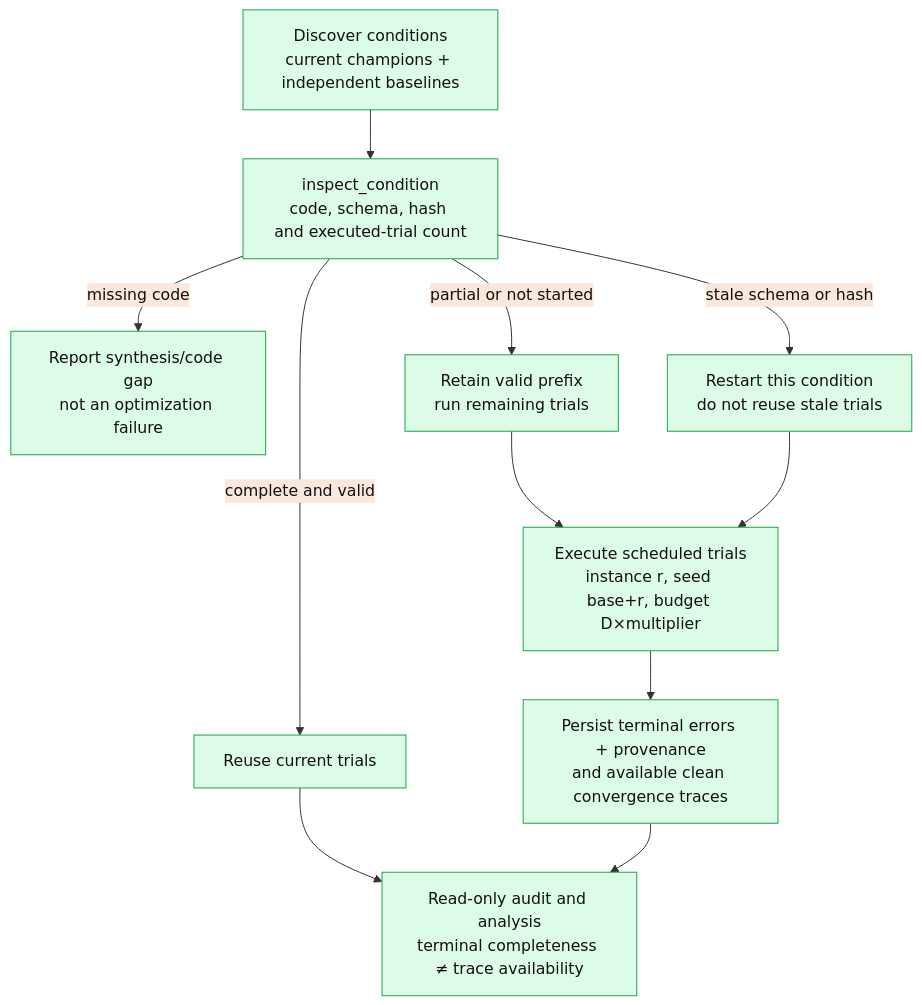
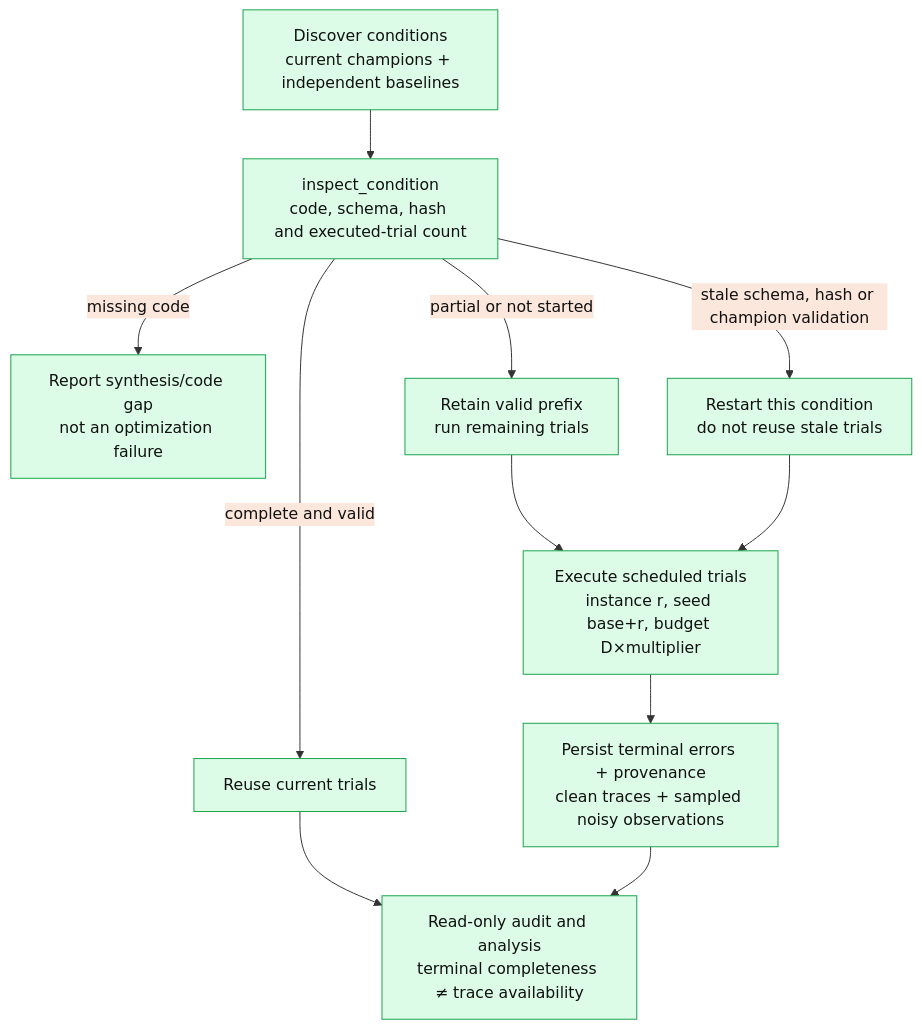
One commit to Nicola-Ibrahim/AAD_LLM changed the second of 2 diagrams in docs/evaluation_protocol.md. Above: the diagram before and after it, drawn with Mermaid. The commit also changed other lines of this file and 20 other files, not shown here.

````diff
--- a/docs/evaluation_protocol.md
+++ b/docs/evaluation_protocol.md
@@ -46,14 +47,14 @@
 ```mermaid
 %%{init: {"theme":"base","themeVariables":{"background":"#f2e6ff","primaryColor":"#dcfce7","primaryBorderColor":"#16a34a","primaryTextColor":"#111111","lineColor":"#333333","fontFamily":"Arial, Helvetica, sans-serif"}}}%%
 flowchart TD
     Workload["Discover conditions<br/>current champions + independent baselines"] --> Status["inspect_condition<br/>code, schema, hash and executed-trial count"]
     Status -->|missing code| Missing["Report synthesis/code gap<br/>not an optimization failure"]
     Status -->|complete and valid| Cached["Reuse current trials"]
     Status -->|partial or not started| Resume["Retain valid prefix<br/>run remaining trials"]
-    Status -->|stale schema or hash| Restart["Restart this condition<br/>do not reuse stale trials"]
+    Status -->|stale schema, hash or champion validation| Restart["Restart this condition<br/>do not reuse stale trials"]
     Resume --> Trials["Execute scheduled trials<br/>instance r, seed base+r, budget D×multiplier"]
     Restart --> Trials
-    Trials --> Provenance["Persist terminal errors + provenance<br/>and available clean convergence traces"]
+    Trials --> Provenance["Persist terminal errors + provenance<br/>clean traces + sampled noisy observations"]
     Cached --> Analysis["Read-only audit and analysis<br/>terminal completeness ≠ trace availability"]
     Provenance --> Analysis
 ```
````
